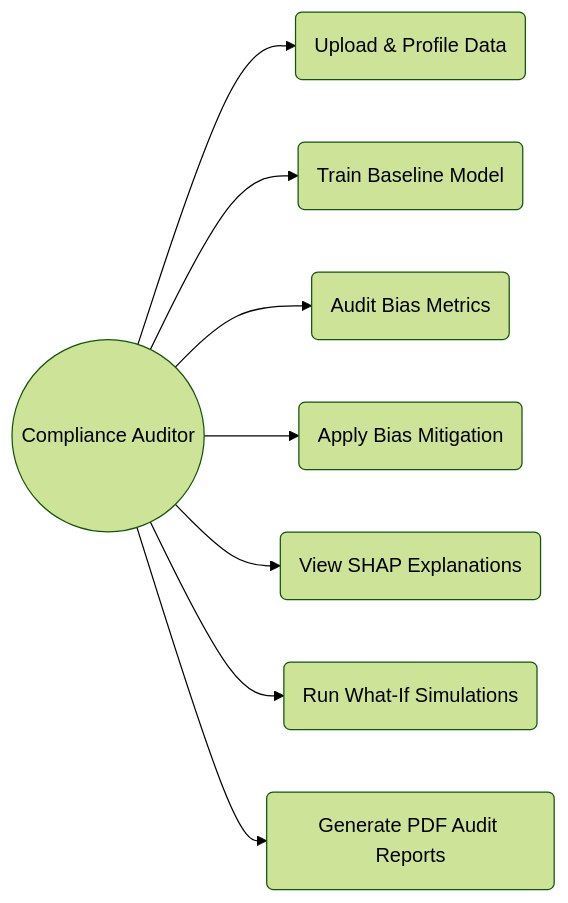
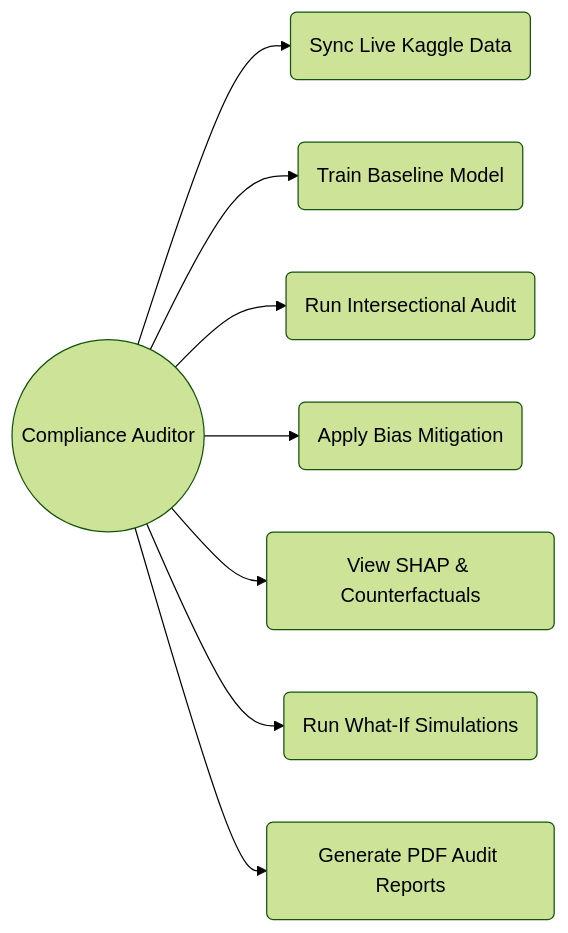
Before and after one commit to Prakash-Ramakrishnan110/Loan-project: the second of 2 diagrams in presentation_content.md, drawn with Mermaid (forest theme). The commit also changed other lines of this file, not shown here.

````diff
--- a/presentation_content.md
+++ b/presentation_content.md
@@ -91,11 +94,11 @@
 ```mermaid
 graph LR
     Admin((Compliance Auditor))
-    Admin --> UC1(Upload & Profile Data)
+    Admin --> UC1(Sync Live Kaggle Data)
     Admin --> UC2(Train Baseline Model)
-    Admin --> UC3(Audit Bias Metrics)
+    Admin --> UC3(Run Intersectional Audit)
     Admin --> UC4(Apply Bias Mitigation)
-    Admin --> UC5(View SHAP Explanations)
+    Admin --> UC5(View SHAP & Counterfactuals)
     Admin --> UC6(Run What-If Simulations)
     Admin --> UC7(Generate PDF Audit Reports)
 ```
````
